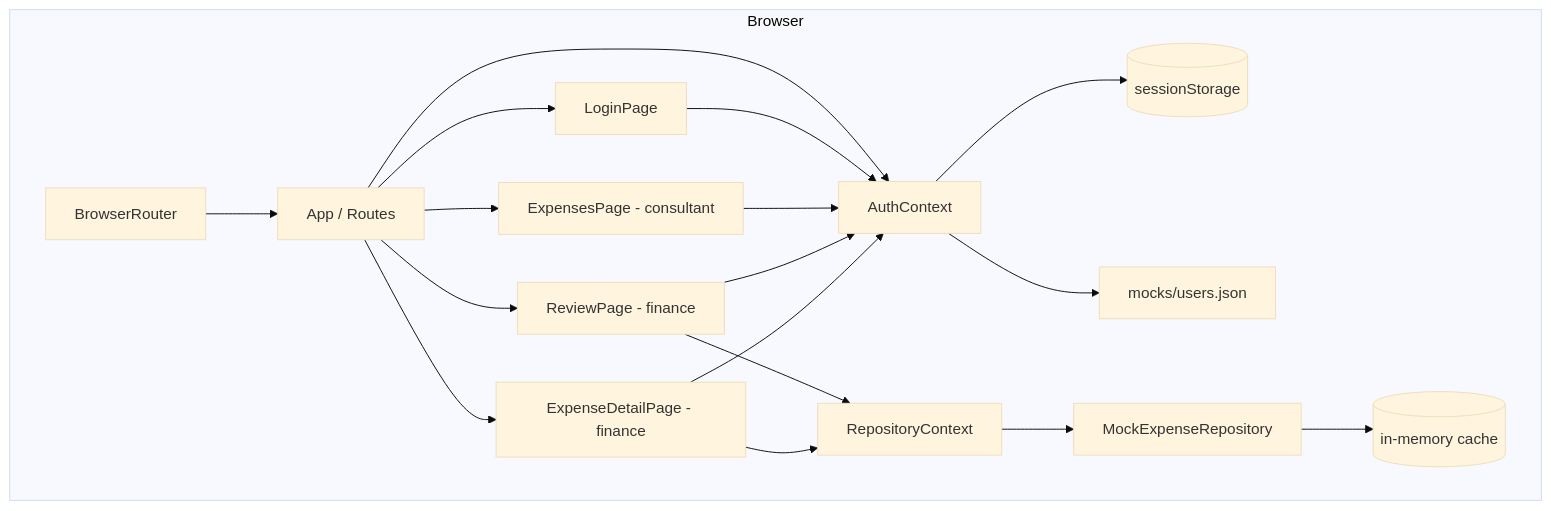
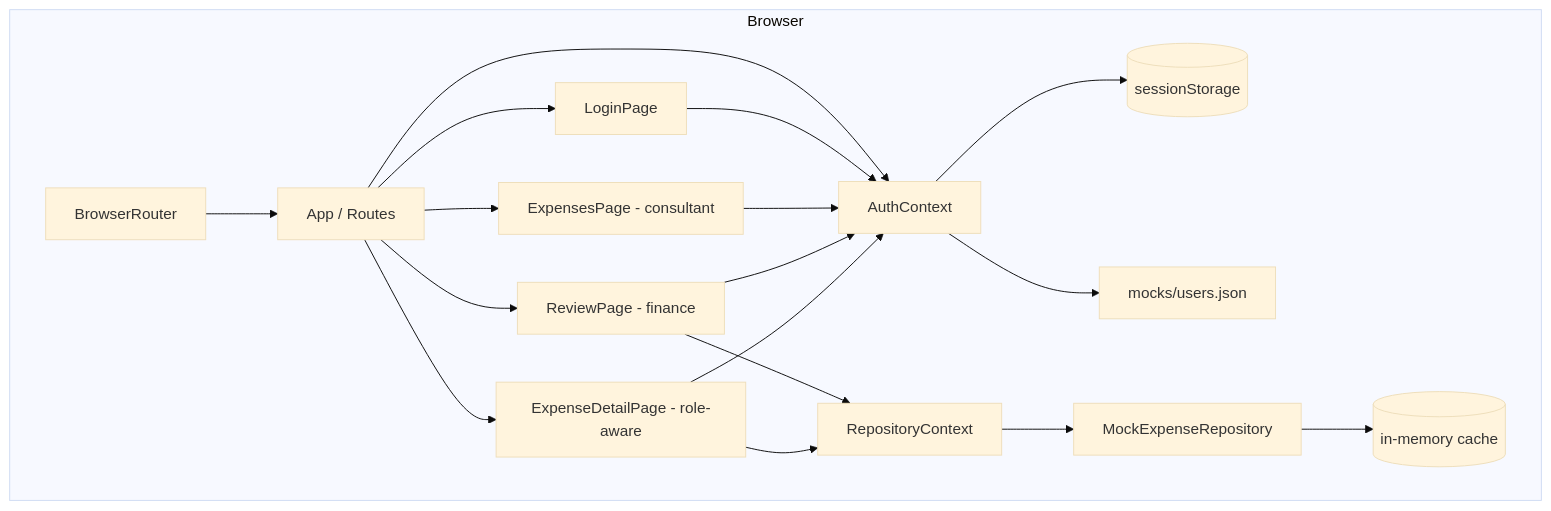
Before and after one commit to LewisHarvey-Netco/netco-expense: the diagram in docs/architecture.md, drawn with Mermaid (base theme). The commit also changed other lines of this file and 6 other files, not shown here.

Commit message:
shared detail page for finanace and consult

````diff
--- a/docs/architecture.md
+++ b/docs/architecture.md
@@ -14,21 +14,21 @@
 ```mermaid
 flowchart TD
     subgraph Browser
         BrowserRouter --> AppRoutes[App / Routes]
         AppRoutes --> AuthContext
         AuthContext --> SessionStorage[(sessionStorage)]
         AuthContext --> UsersMock[mocks/users.json]
         AppRoutes --> LoginPage
         AppRoutes --> ExpensesPage[ExpensesPage - consultant]
         AppRoutes --> ReviewPage[ReviewPage - finance]
-        AppRoutes --> ExpenseDetailPage[ExpenseDetailPage - finance]
+        AppRoutes --> ExpenseDetailPage[ExpenseDetailPage - role-aware]
         LoginPage --> AuthContext
         ExpensesPage --> AuthContext
         ReviewPage --> AuthContext
         ExpenseDetailPage --> AuthContext
         ReviewPage --> RepositoryContext
         ExpenseDetailPage --> RepositoryContext
         RepositoryContext --> MockExpenseRepository
         MockExpenseRepository --> InMemoryCache[(in-memory cache)]
     end
 ```
````
